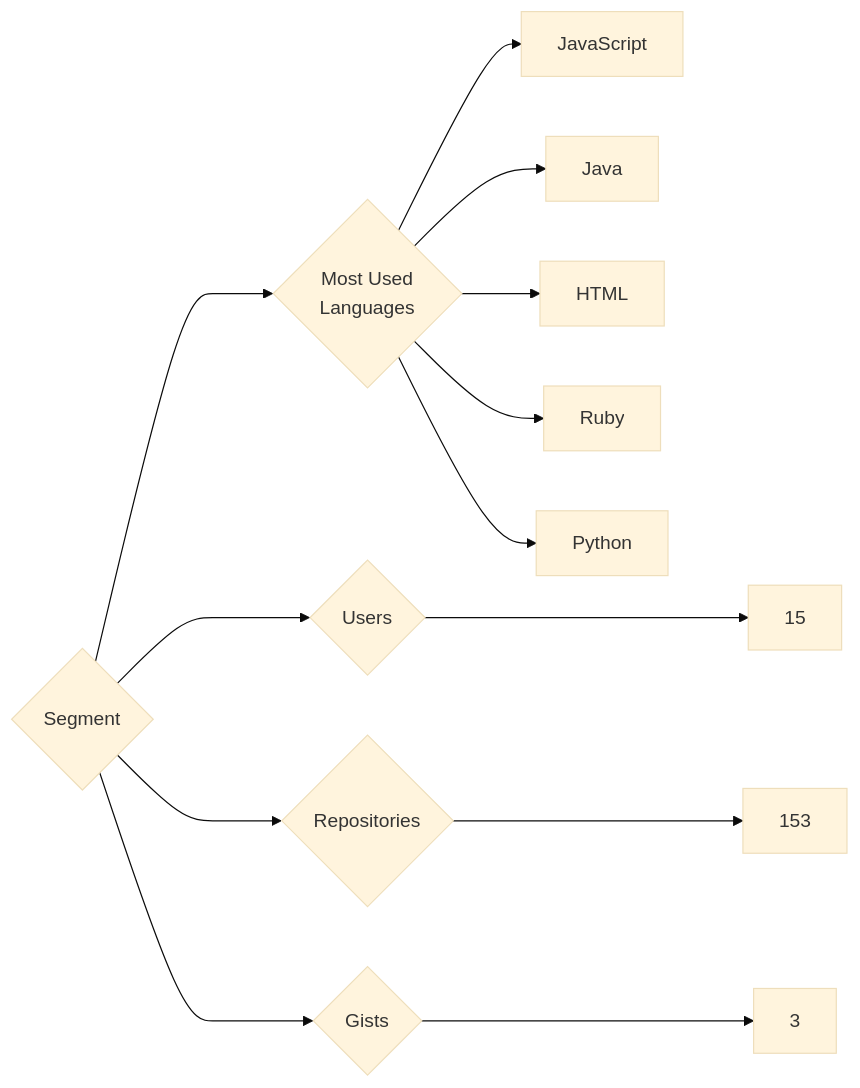
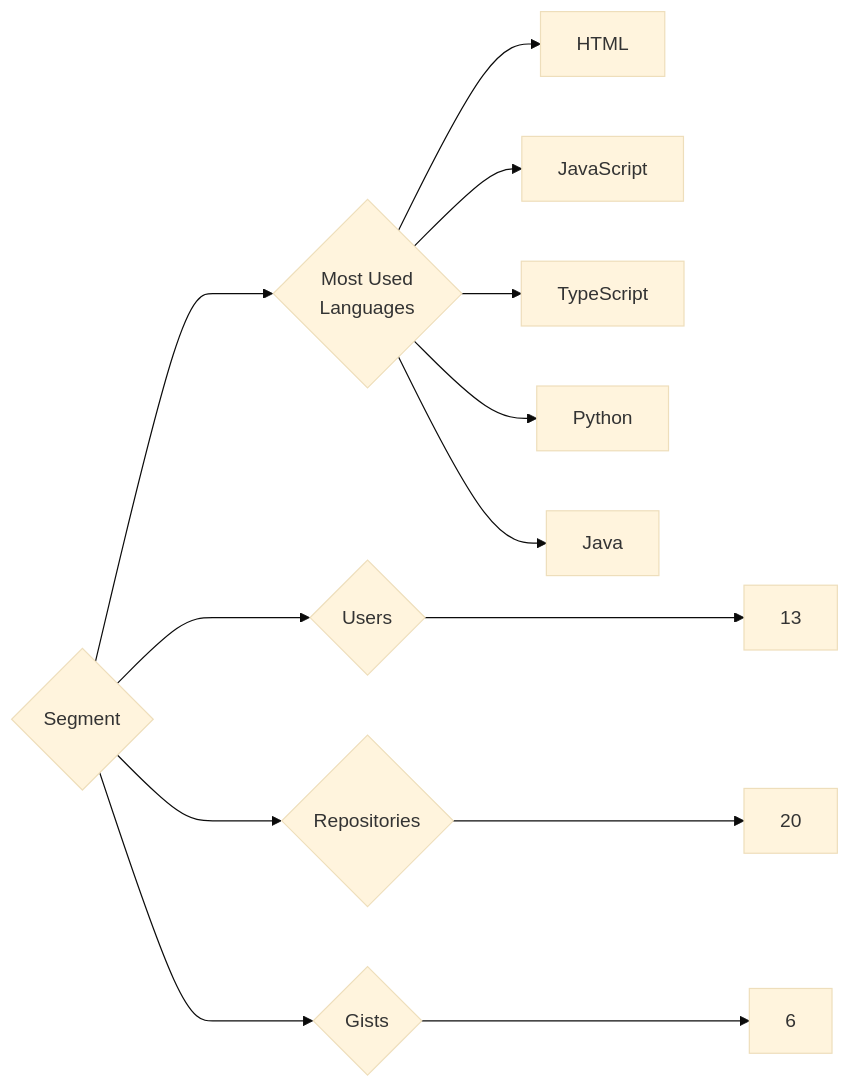
One commit to trickest/insiders changed the diagram in targets/Segment/README.md. Above: the diagram before and after it, drawn with Mermaid (base theme). The commit also changed 973 other files, not shown here.

````diff
--- a/targets/Segment/README.md
+++ b/targets/Segment/README.md
@@ -3,13 +3,13 @@
 ```mermaid
 graph LR
 COMPANY_NAME{Segment}
-COMPANY_NAME ---> U{Users} ---> UN[15]
-COMPANY_NAME ---> R{Repositories} ---> RN[153]
-COMPANY_NAME ---> G{Gists} ---> GN[3]
+COMPANY_NAME ---> U{Users} ---> UN[13]
+COMPANY_NAME ---> R{Repositories} ---> RN[20]
+COMPANY_NAME ---> G{Gists} ---> GN[6]
 COMPANY_NAME ---> ML{Most Used<br>Languages}
+ML --> HTML[HTML]
 ML --> JavaScript[JavaScript]
+ML --> TypeScript[TypeScript]
+ML --> Python[Python]
 ML --> Java[Java]
-ML --> HTML[HTML]
-ML --> Ruby[Ruby]
-ML --> Python[Python]
 ```
````
